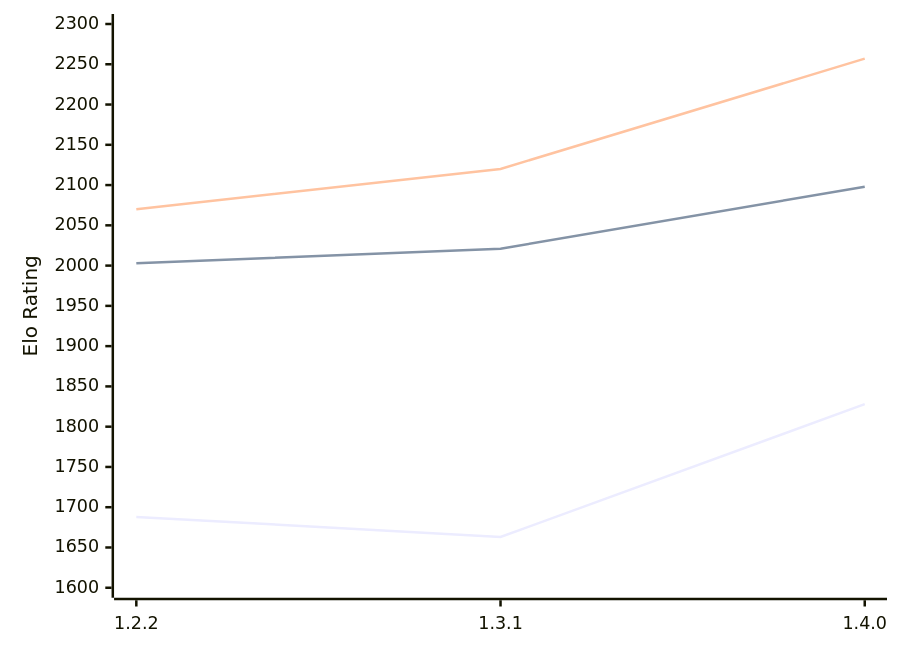
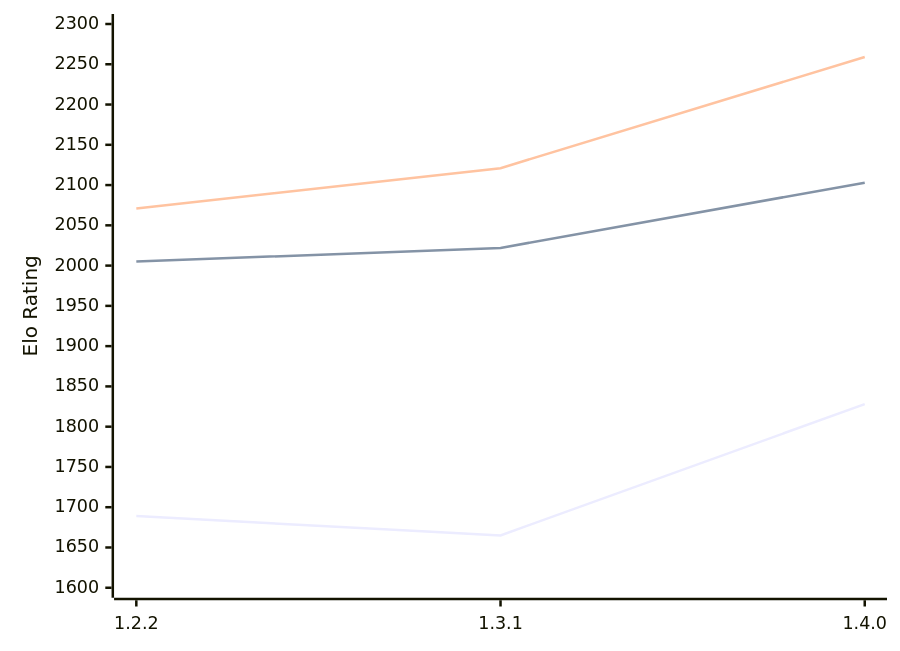
Before and after one commit to computer-chess-index/cci: the diagram in engines/SoloEngine.md, drawn with Mermaid. The commit also changed other lines of this file, not shown here.

Commit message:
Update CCI Ratings (ELO VLTC) - 2026-02-13

````diff
--- a/engines/SoloEngine.md
+++ b/engines/SoloEngine.md
@@ -30,9 +30,9 @@
 ```mermaid
 %%{init: {"theme":"base","themeVariables":{"seriesColors:['#a3a3a3','#222221','#faa371']}}}%%
 xychart-beta
   x-axis ["1.2.2", "1.3.1", "1.4.0"]
   y-axis "Elo Rating" 1600 --> 2300
-  line "STC (8.0+0.08s)" [1688, 1663, 1828]
-  line "LTC (60.0+0.60s)" [2003, 2021, 2098]
-  line "VLTC (2m24s+1.12s)" [2070, 2120, 2257]
+  line "STC (8.0+0.08s)" [1689, 1665, 1828]
+  line "LTC (60.0+0.60s)" [2005, 2022, 2103]
+  line "VLTC (2m24s+1.12s)" [2071, 2121, 2259]
 ```
````
